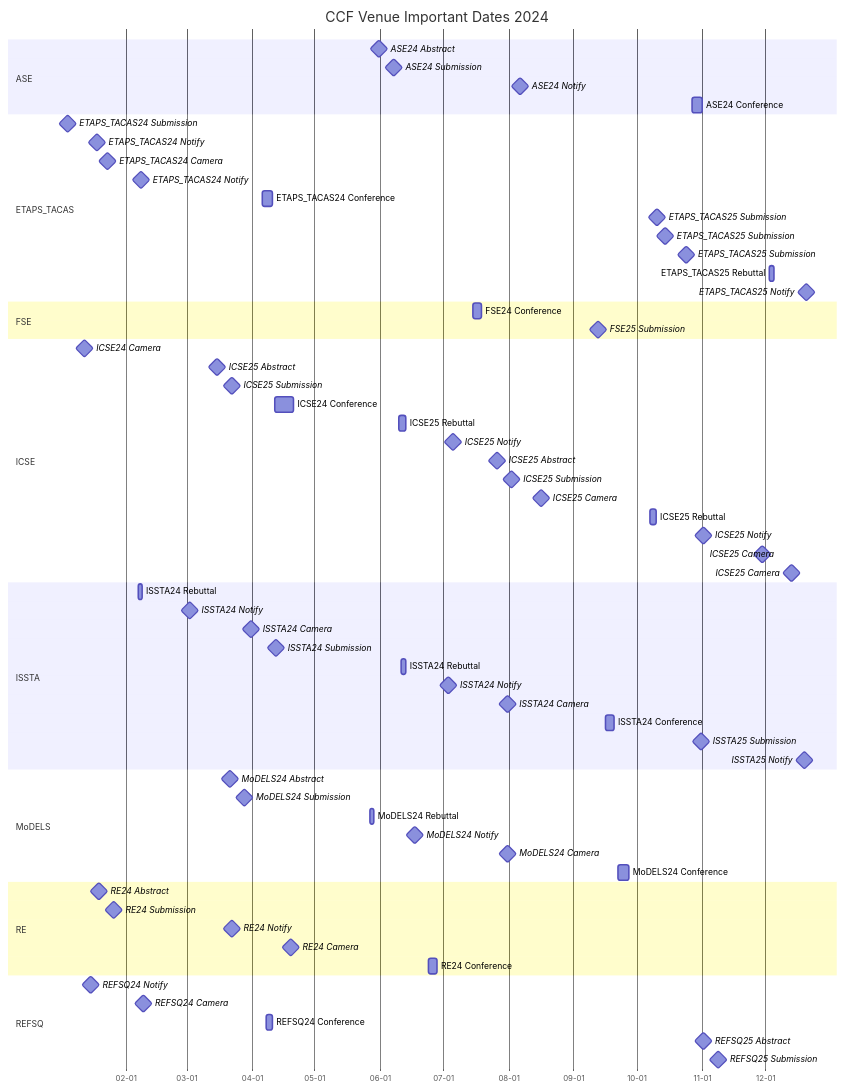
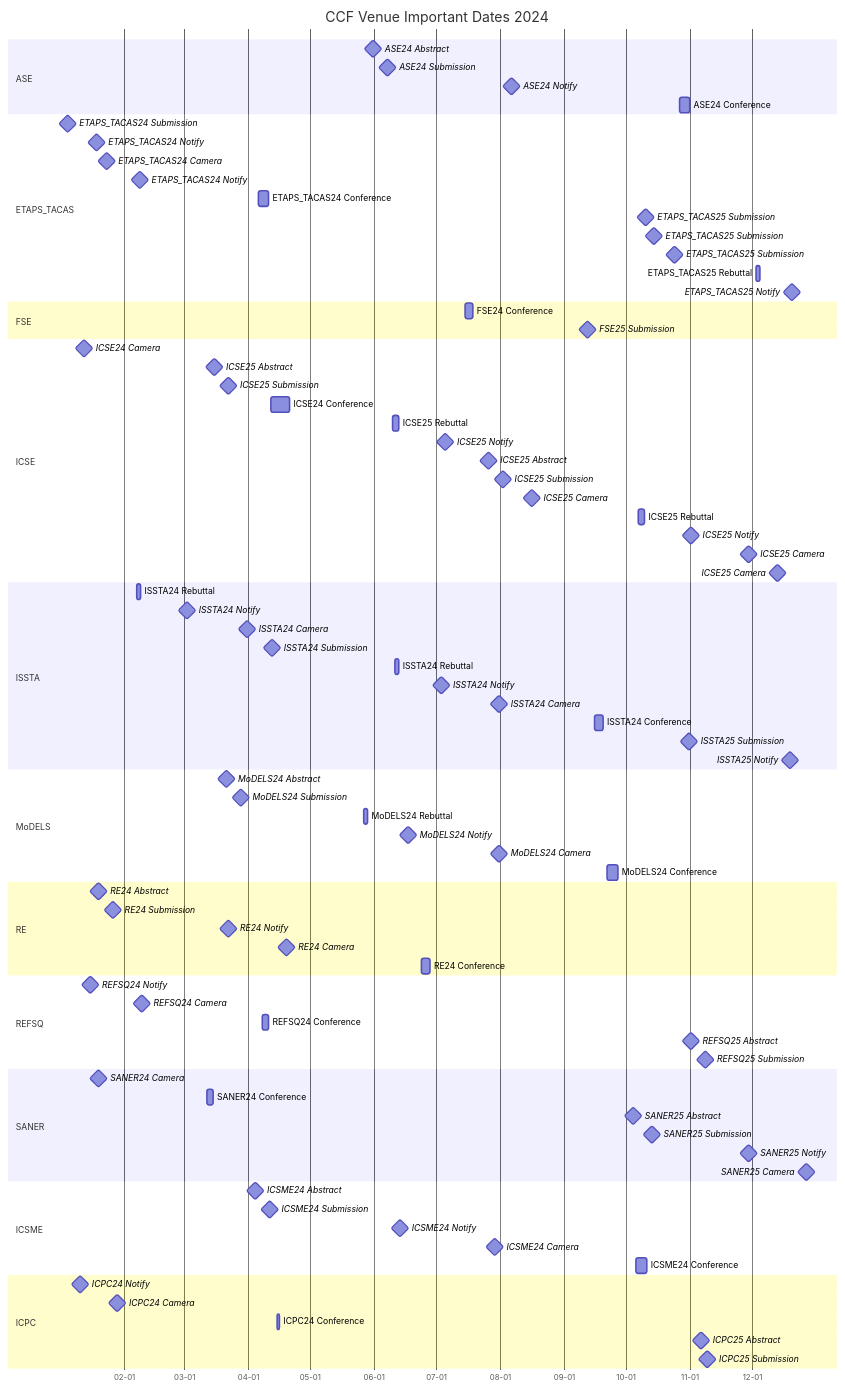
One commit to HansBug/research_ideas changed the fifth of 9 diagrams in ccf_venues/TIMELINE.md. Above: the diagram before and after it, drawn with Mermaid. The commit also changed other lines of this file and 36 other files, not shown here.

````diff
--- a/ccf_venues/TIMELINE.md
+++ b/ccf_venues/TIMELINE.md
@@ -668,4 +756,26 @@
   REFSQ25 Abstract :milestone, refsq_2024_4_20241101, 2024-11-01, 1d
   REFSQ25 Submission :milestone, refsq_2024_5_20241108, 2024-11-08, 1d
 
+  section SANER
+  SANER24 Camera :milestone, saner24_cam_20240119, 2024-01-19, 1d
+  SANER24 Conference :saner24_conf, 2024-03-12, 2024-03-15
+  SANER25 Abstract :milestone, saner25_abs_20241004, 2024-10-04, 1d
+  SANER25 Submission :milestone, saner25_sub_20241013, 2024-10-13, 1d
+  SANER25 Notify :milestone, saner25_not_20241129, 2024-11-29, 1d
+  SANER25 Camera :milestone, saner25_cam_20241227, 2024-12-27, 1d
+
+  section ICSME
+  ICSME24 Abstract :milestone, icsme24_abs_20240404, 2024-04-04, 1d
+  ICSME24 Submission :milestone, icsme24_sub_20240411, 2024-04-11, 1d
+  ICSME24 Notify :milestone, icsme24_not_20240613, 2024-06-13, 1d
+  ICSME24 Camera :milestone, icsme24_cam_20240729, 2024-07-29, 1d
+  ICSME24 Conference :icsme24_conf, 2024-10-06, 2024-10-11
+
+  section ICPC
+  ICPC24 Notify :milestone, icpc24_not_20240110, 2024-01-10, 1d
+  ICPC24 Camera :milestone, icpc24_cam_20240128, 2024-01-28, 1d
+  ICPC24 Conference :icpc24_conf, 2024-04-15, 2024-04-16
+  ICPC25 Abstract :milestone, icpc25_abs_20241106, 2024-11-06, 1d
+  ICPC25 Submission :milestone, icpc25_sub_20241109, 2024-11-09, 1d
+
 ```
````
